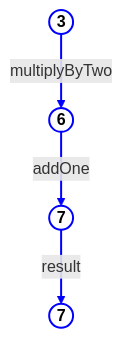
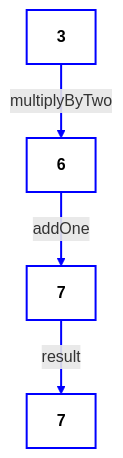
One commit to antomon/antomon.github.io changed the eighth of 10 diagrams in posts/category-theory-functional-programming/index.qmd. Above: the diagram before and after it, drawn with Mermaid. The commit also changed other lines of this file and 6 other files, not shown here.

````diff
--- a/posts/category-theory-functional-programming/index.qmd
+++ b/posts/category-theory-functional-programming/index.qmd
@@ -480,12 +480,12 @@
 ```{mermaid}
-%%| fig-cap: "This diagram illustrates the composition of two functions: `multiplyByTwo` followed by `addOne`, applied to the value `3`."
 %%| fig-align: center
+%%| fig-cap: "This diagram illustrates the composition of two functions: `multiplyByTwo` followed by `addOne`, applied to the value `3` "
 
 graph TD
   classDef default fill:#ffffff,stroke:#0000ff,stroke-width:2px,color:#000000,font-weight:bold
   linkStyle default stroke:#0000ff,stroke-width:2px,fill:none
 
-  A((3)) -->|"multiplyByTwo"| B((6))
-  B -->|"addOne"| C((7))
-  C -->|"result"| D((7))
+  A["3"] -->|"multiplyByTwo"| B["6"]
+  B -->|"addOne"| C["7"]
+  C -->|"result"| D["7"]
 ```
````
